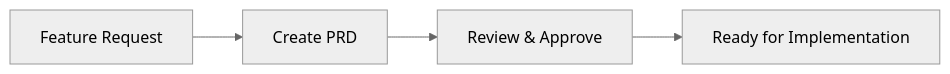
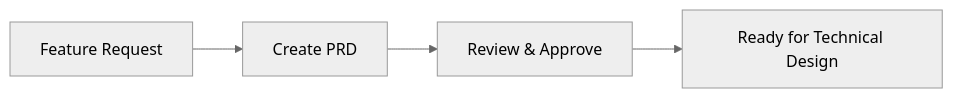
The first of 4 diagrams in docs/README.md (Pinotnoir25/project-foundation-framework), drawn with Mermaid (neutral theme) before and after one commit. The commit also changed other lines of this file and 76 other files, not shown here.

````diff
--- a/docs/README.md
+++ b/docs/README.md
@@ -24,6 +35,6 @@
 ```mermaid
 graph LR
     A[Feature Request] --> B[Create PRD]
     B --> C[Review & Approve]
-    C --> D[Ready for Implementation]
+    C --> D[Ready for Technical Design]
 ```
````
